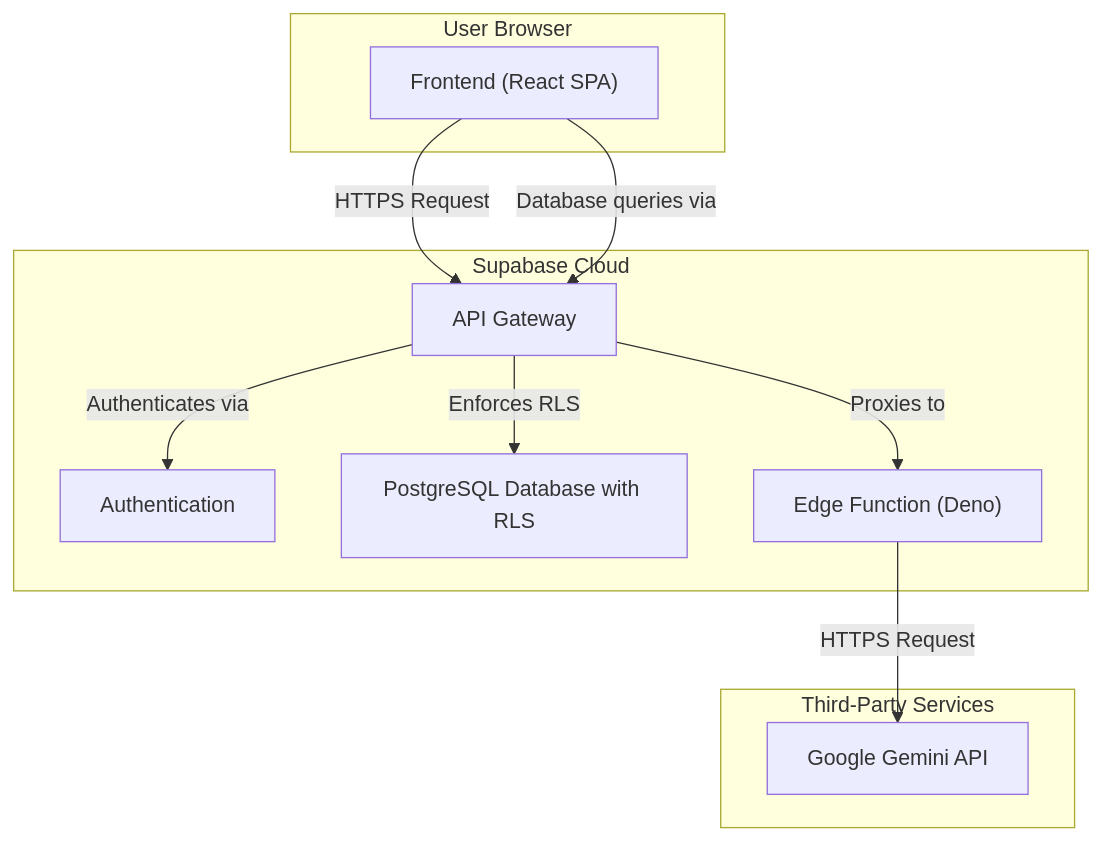
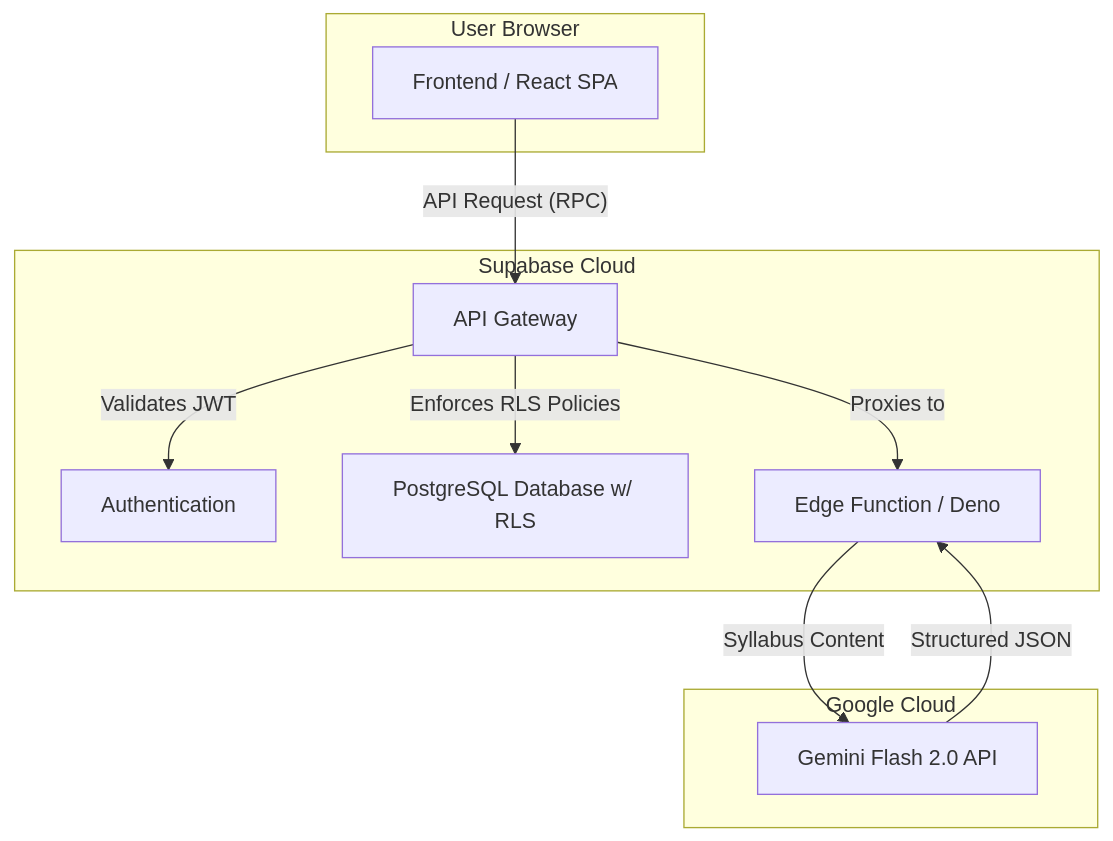
Before and after one commit to tonytrieu-dev/schedulebud-overview: the diagram in README.md, drawn with Mermaid. The commit also changed other lines of this file, not shown here.

````diff
--- a/README.md
+++ b/README.md
@@ -27,24 +29,24 @@
 ```mermaid
 graph TD
     subgraph "User Browser"
-        A["Frontend (React SPA)"]
+        A[Frontend / React SPA]
     end
 
     subgraph "Supabase Cloud"
-        B["API Gateway"]
-        C["Authentication"]
-        D["PostgreSQL Database with RLS"]
-        E["Edge Function (Deno)"]
+        B[API Gateway]
+        C[Authentication]
+        D[PostgreSQL Database w/ RLS]
+        E[Edge Function / Deno]
     end
 
-    subgraph "Third-Party Services"
-        F["Google Gemini API"]
+    subgraph "Google Cloud"
+        F[Gemini Flash 2.0 API]
     end
 
-    A -- "HTTPS Request" --> B
-    B -- "Authenticates via" --> C
+    A -- "API Request (RPC)" --> B
+    B -- "Validates JWT" --> C
     B -- "Proxies to" --> E
-    A -- "Database queries via" --> B
-    B -- "Enforces RLS" --> D
-    E -- "HTTPS Request" --> F
+    B -- "Enforces RLS Policies" --> D
+    E -- "Syllabus Content" --> F
+    F -- "Structured JSON" --> E
 ```
````
